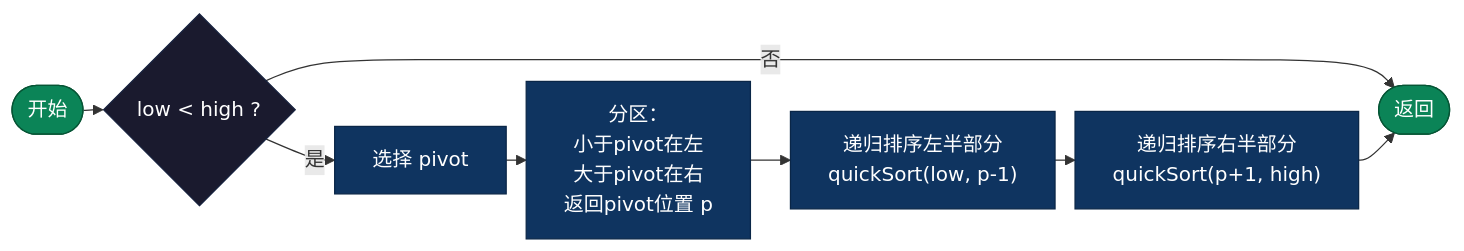
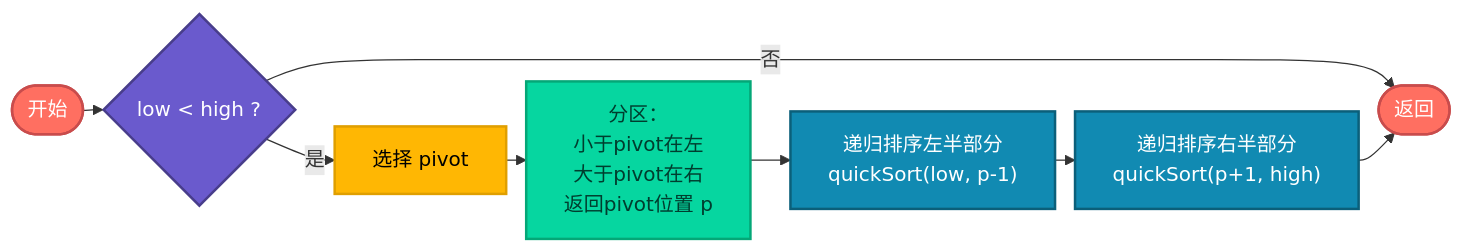
The seventh of 14 diagrams in sorting/AI-Era-Top-10-Sorting-Algorithms.md (microwind/algorithms), drawn with Mermaid before and after one commit. The commit also changed other lines of this file and 36 other files, not shown here.

````diff
--- a/sorting/AI-Era-Top-10-Sorting-Algorithms.md
+++ b/sorting/AI-Era-Top-10-Sorting-Algorithms.md
@@ -405,19 +406,25 @@
 ```mermaid
 %%{init: {'flowchart': {'nodeSpacing': 15, 'rankSpacing': 16, 'padding': 15}}}%%
 graph LR
     S(["开始"]) --> CHK{"low < high ?"}
     CHK -->|"否"| END(["返回"])
     CHK -->|"是"| PIVOT["选择 pivot"]
     PIVOT --> PART["分区：\n小于pivot在左\n大于pivot在右\n返回pivot位置 p"]
     PART --> LEFT["递归排序左半部分\nquickSort(low, p-1)"]
     LEFT --> RIGHT["递归排序右半部分\nquickSort(p+1, high)"]
     RIGHT --> END
 
-    classDef start fill:#0b8457,color:#fff,stroke:#065535
-    classDef decision fill:#1a1a2e,color:#fff,stroke:#16213e
-    classDef process fill:#0f3460,color:#fff,stroke:#0a2647
+    %% 更鲜艳的配色
+    classDef start fill:#ff6f61,color:#fff,stroke:#c94c4c,stroke-width:2px
+    classDef decision fill:#6a5acd,color:#fff,stroke:#483d8b,stroke-width:2px
+    classDef pivot fill:#ffb703,color:#000,stroke:#e09f00,stroke-width:2px
+    classDef partition fill:#06d6a0,color:#003d2e,stroke:#04a777,stroke-width:2px
+    classDef recurse fill:#118ab2,color:#fff,stroke:#0b5f7a,stroke-width:2px
 
+    %% 应用样式
     class S,END start
     class CHK decision
-    class PIVOT,PART,LEFT,RIGHT process
+    class PIVOT pivot
+    class PART partition
+    class LEFT,RIGHT recurse
 ```
````
